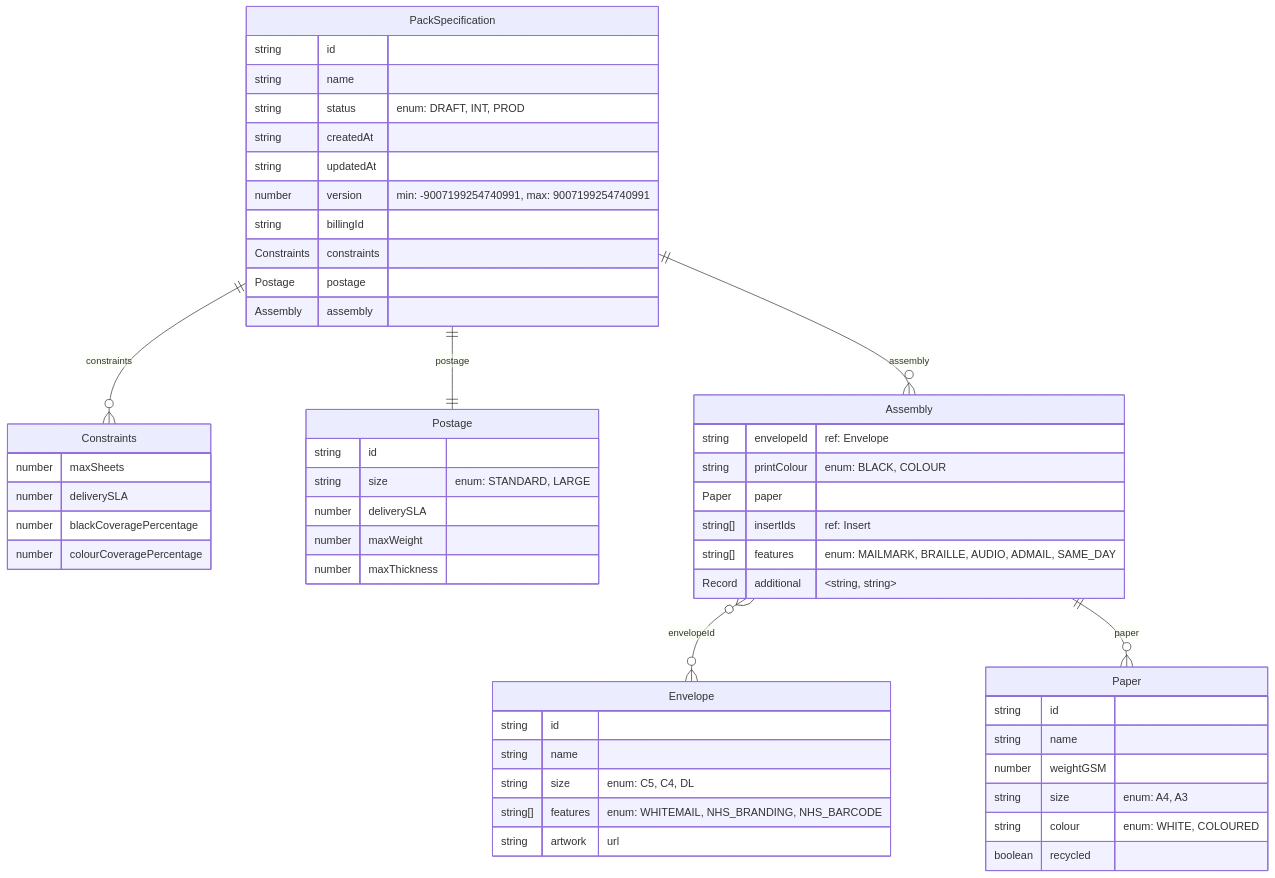
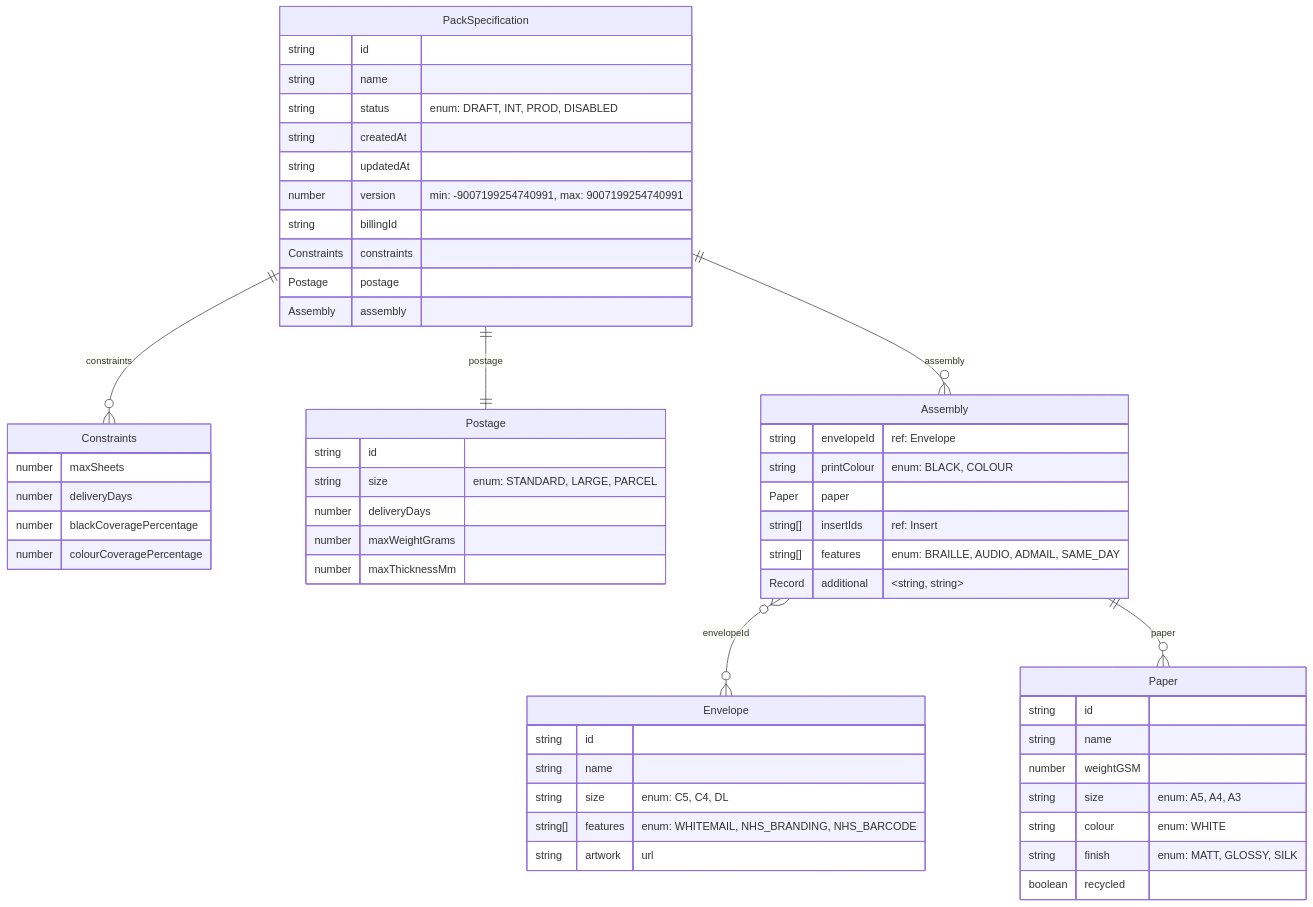
Before and after one commit to uk-gov-mirror/nhsdigital.nhs-notify-supplier-config: the third of 5 diagrams in packages/events/src/domain/erd.md, drawn with Mermaid. The commit also changed other lines of this file and 15 other files, not shown here.

Commit message:
Add DISABLED status to various entities and update related schemas

````diff
--- a/packages/events/src/domain/erd.md
+++ b/packages/events/src/domain/erd.md
@@ -155,56 +160,57 @@
 ```mermaid
 erDiagram
     PackSpecification {
         string id
         string name
-        string status "enum: DRAFT, INT, PROD"
+        string status "enum: DRAFT, INT, PROD, DISABLED"
         string createdAt
         string updatedAt
         number version "min: -9007199254740991, max: 9007199254740991"
         string billingId
         Constraints constraints
         Postage postage
         Assembly assembly
     }
     Constraints {
         number maxSheets
-        number deliverySLA
+        number deliveryDays
         number blackCoveragePercentage
         number colourCoveragePercentage
     }
     Postage {
         string id
-        string size "enum: STANDARD, LARGE"
-        number deliverySLA
-        number maxWeight
-        number maxThickness
+        string size "enum: STANDARD, LARGE, PARCEL"
+        number deliveryDays
+        number maxWeightGrams
+        number maxThicknessMm
     }
     Assembly {
         string envelopeId "ref: Envelope"
         string printColour "enum: BLACK, COLOUR"
         Paper paper
         string[] insertIds "ref: Insert"
-        string[] features "enum: MAILMARK, BRAILLE, AUDIO, ADMAIL, SAME_DAY"
+        string[] features "enum: BRAILLE, AUDIO, ADMAIL, SAME_DAY"
         Record additional "&lt;string, string&gt;"
     }
     Paper {
         string id
         string name
         number weightGSM
-        string size "enum: A4, A3"
-        string colour "enum: WHITE, COLOURED"
+        string size "enum: A5, A4, A3"
+        string colour "enum: WHITE"
+        string finish "enum: MATT, GLOSSY, SILK"
         boolean recycled
     }
     Envelope {
         string id
         string name
         string size "enum: C5, C4, DL"
         string[] features "enum: WHITEMAIL, NHS_BRANDING, NHS_BARCODE"
         string artwork "url"
     }
     PackSpecification ||--o{ Constraints : "constraints"
     PackSpecification ||--|| Postage : "postage"
     PackSpecification ||--o{ Assembly : "assembly"
     Assembly }o--o{ Envelope : "envelopeId"
     Assembly ||--o{ Paper : "paper"
 ```
````
